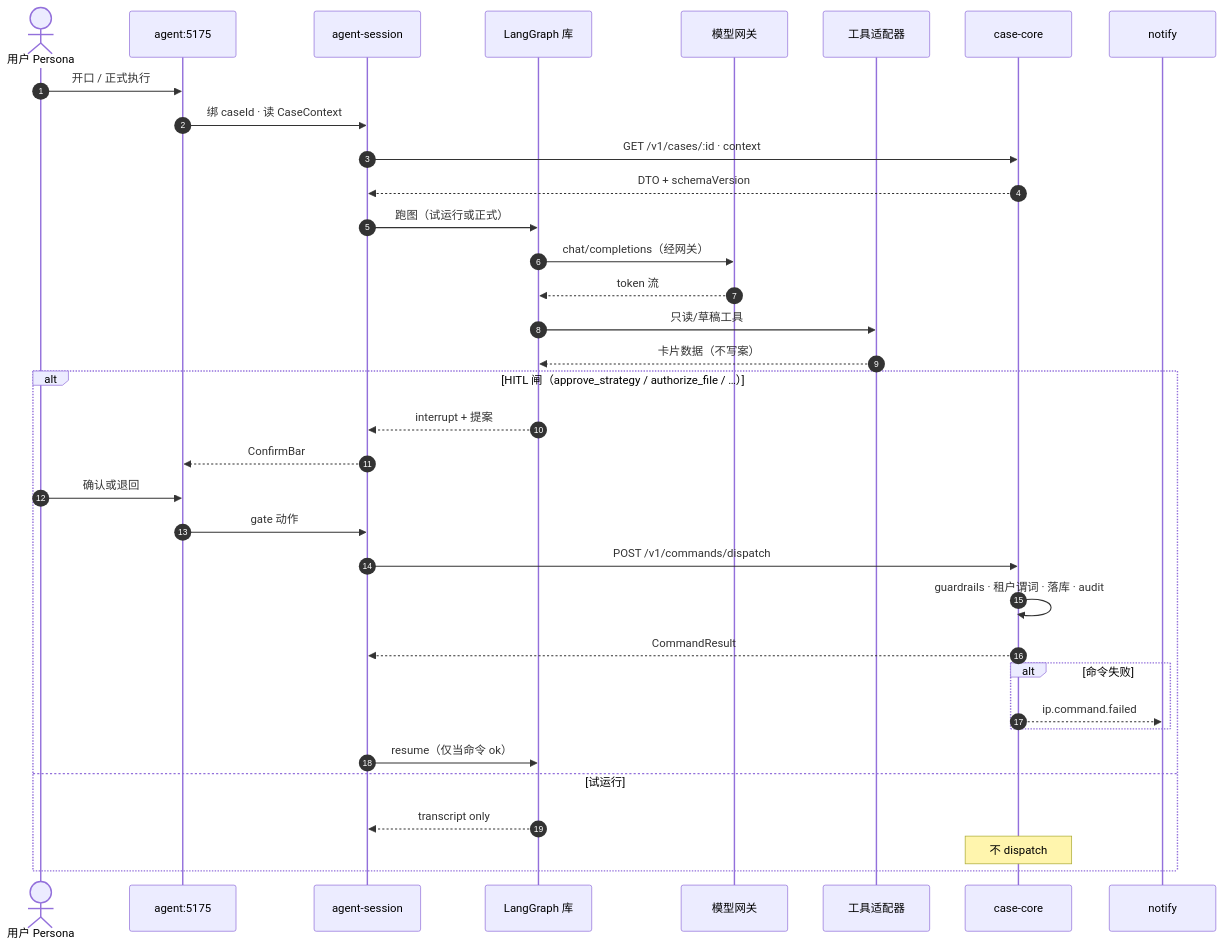
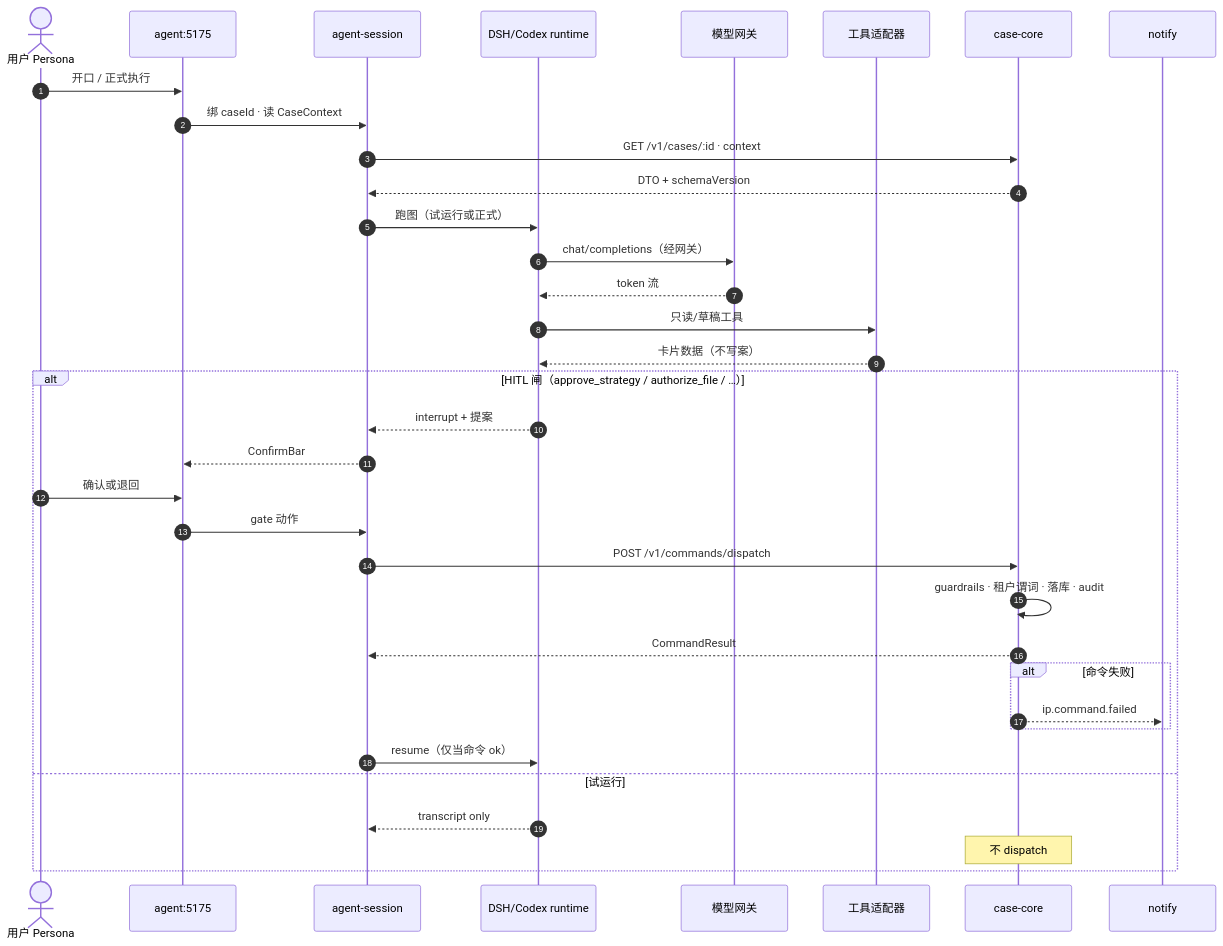
The diagram in docs/architecture/enterprise/agent-topology.md (Yapeng-Gao/ip-harness), drawn with Mermaid before and after one commit. The commit also changed other lines of this file and 5 other files, not shown here.

First line of the commit message:
docs(architecture): prefer DSH/Codex harness over LangGraph default

````diff
--- a/docs/architecture/enterprise/agent-topology.md
+++ b/docs/architecture/enterprise/agent-topology.md
@@ -28,38 +28,38 @@
 ```mermaid
 sequenceDiagram
   autonumber
   actor User as 用户 Persona
   participant UI as agent:5175
   participant Sess as agent-session
-  participant RT as LangGraph 库
+  participant RT as DSH/Codex runtime
   participant GW as 模型网关
   participant Tool as 工具适配器
   participant Core as case-core
   participant Ntf as notify
 
   User->>UI: 开口 / 正式执行
   UI->>Sess: 绑 caseId · 读 CaseContext
   Sess->>Core: GET /v1/cases/:id · context
   Core-->>Sess: DTO + schemaVersion
   Sess->>RT: 跑图（试运行或正式）
   RT->>GW: chat/completions（经网关）
   GW-->>RT: token 流
   RT->>Tool: 只读/草稿工具
   Tool-->>RT: 卡片数据（不写案）
   alt HITL 闸（approve_strategy / authorize_file / …）
     RT-->>Sess: interrupt + 提案
     Sess-->>UI: ConfirmBar
     User->>UI: 确认或退回
     UI->>Sess: gate 动作
     Sess->>Core: POST /v1/commands/dispatch
     Core->>Core: guardrails · 租户谓词 · 落库 · audit
     Core-->>Sess: CommandResult
     alt 命令失败
       Core-->>Ntf: ip.command.failed
     end
     Sess->>RT: resume（仅当命令 ok）
   else 试运行
     RT-->>Sess: transcript only
     Note over Core: 不 dispatch
   end
 ```
````
